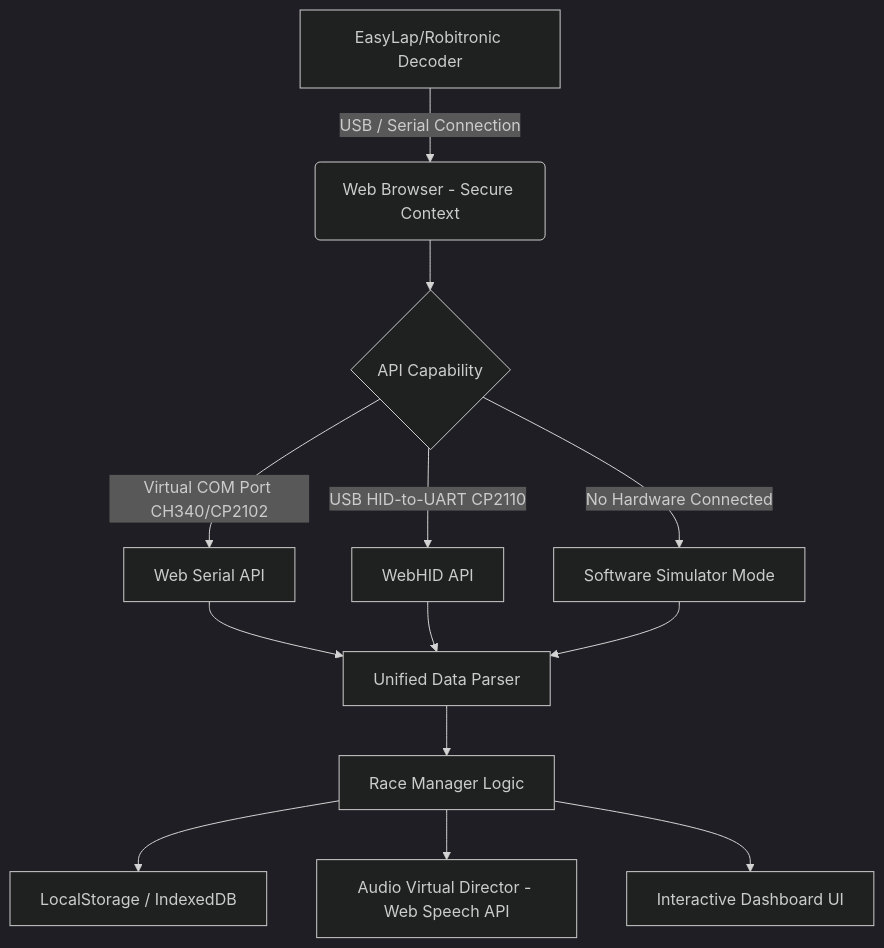
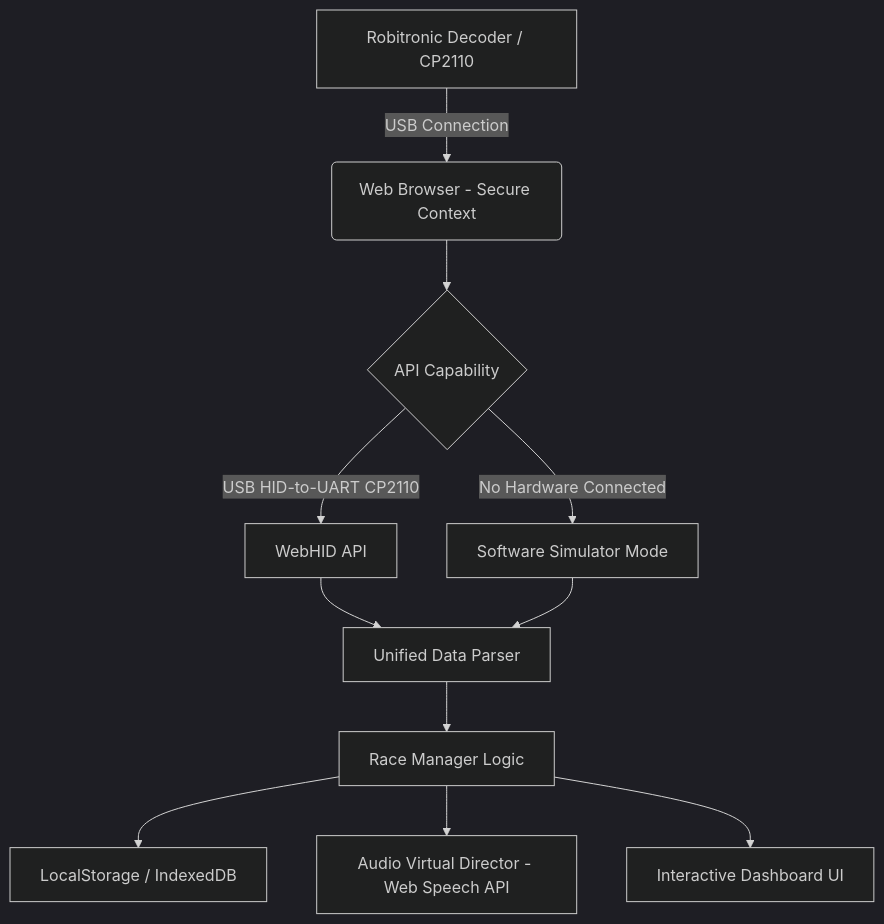
Before and after one commit to rginda/lappr: the diagram in docs/requirements.md, drawn with Mermaid (dark theme). The commit also changed other lines of this file, not shown here.

Commit message:
docs: remove outdated hardware requirements and Web Serial API mentions

````diff
--- a/docs/requirements.md
+++ b/docs/requirements.md
@@ -15,17 +15,15 @@
 ```mermaid
 graph TD
-    A[EasyLap/Robitronic Decoder] -->|USB / Serial Connection| B(Web Browser - Secure Context)
+    A[Robitronic Decoder / CP2110] -->|USB Connection| B(Web Browser - Secure Context)
     B --> C{API Capability}
-    C -->|Virtual COM Port CH340/CP2102| D[Web Serial API]
     C -->|USB HID-to-UART CP2110| E[WebHID API]
     C -->|No Hardware Connected| F[Software Simulator Mode]
     
-    D --> G[Unified Data Parser]
-    E --> G
+    E --> G[Unified Data Parser]
     F --> G
     
     G --> H[Race Manager Logic]
     H --> I[LocalStorage / IndexedDB]
     H --> J[Audio Virtual Director - Web Speech API]
     H --> K[Interactive Dashboard UI]
 ```
````
